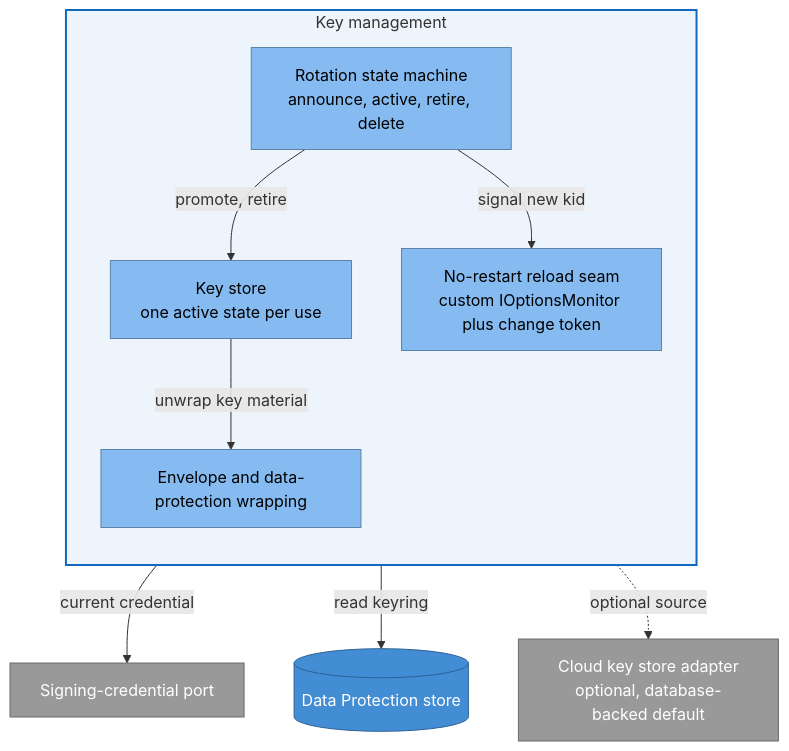
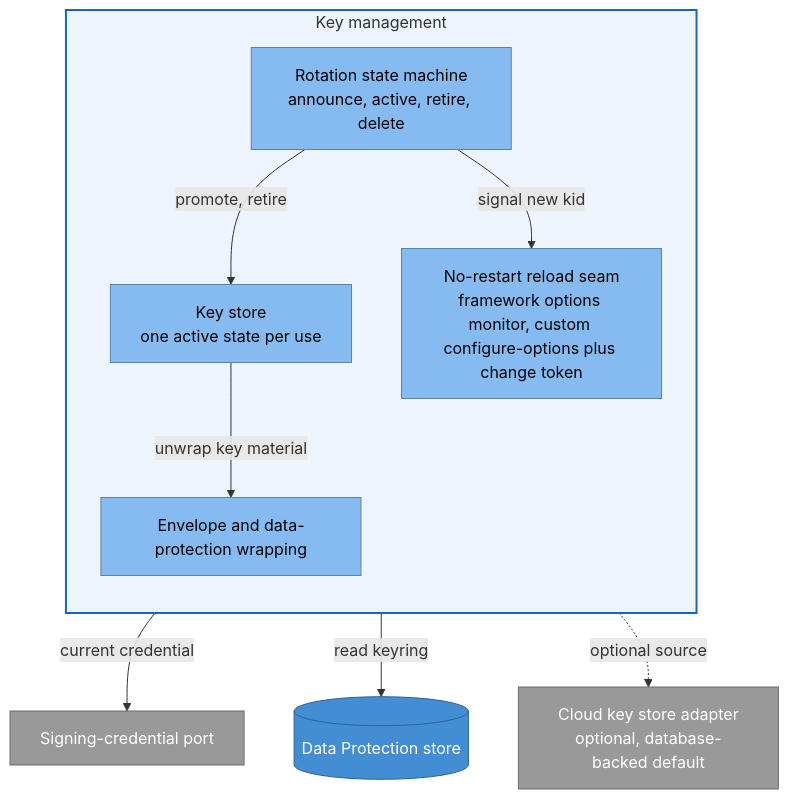
Before and after one commit to namphuongtran/nami: the fourth of 6 diagrams in docs/architecture/08-component-view.md, drawn with Mermaid. The commit also changed 7 other files, not shown here.

````diff
--- a/docs/architecture/08-component-view.md
+++ b/docs/architecture/08-component-view.md
@@ -200,26 +200,26 @@
 ```mermaid
 graph TB
   subgraph KEYS[Key management]
     direction TB
     rot[Rotation state machine<br/>announce, active, retire, delete]:::comp
-    reload[No-restart reload seam<br/>custom IOptionsMonitor plus change token]:::comp
+    reload[No-restart reload seam<br/>framework options monitor, custom configure-options plus change token]:::comp
     kstore[Key store<br/>one active state per use]:::comp
     env[Envelope and data-protection wrapping]:::comp
   end
 
   sign[Signing-credential port]:::ext
   cloud[Cloud key store adapter<br/>optional, database-backed default]:::ext
   dpdb[(Data Protection store)]:::store
 
   rot -->|promote, retire| kstore
   rot -->|signal new kid| reload
   reload -->|current credential| sign
   kstore -->|unwrap key material| env
   env -->|read keyring| dpdb
   kstore -.->|optional source| cloud
 
   classDef comp fill:#85bbf0,stroke:#5d82a8,color:#000000
   classDef store fill:#438dd5,stroke:#2e6295,color:#ffffff
   classDef ext fill:#999999,stroke:#6b6b6b,color:#ffffff
   style KEYS fill:#eef4fb,stroke:#1168bd,stroke-width:2px
 ```
````
